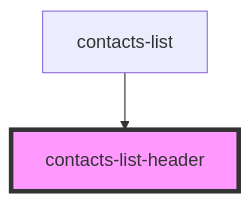
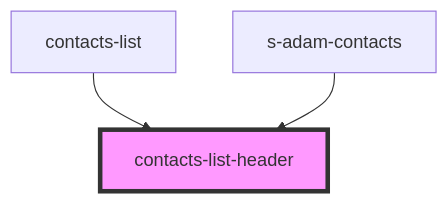
One commit to saqhan/stencil-chat changed the diagram in src/components/shared/contacts-list/res/view/contacts-list-header/readme.md. Above: the diagram before and after it, drawn with Mermaid. The commit also changed other lines of this file and 23 other files, not shown here.

````diff
--- a/src/components/shared/contacts-list/res/view/contacts-list-header/readme.md
+++ b/src/components/shared/contacts-list/res/view/contacts-list-header/readme.md
@@ -23,5 +31,6 @@
 ```mermaid
 graph TD;
   contacts-list --> contacts-list-header
+  s-adam-contacts --> contacts-list-header
   style contacts-list-header fill:#f9f,stroke:#333,stroke-width:4px
 ```
````
